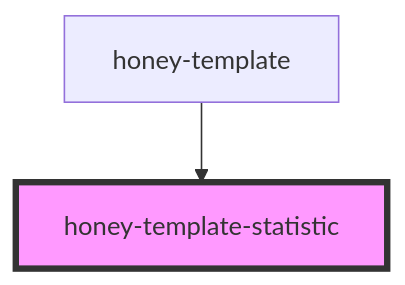
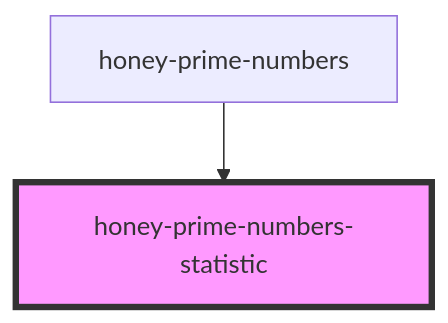
Before and after one commit to Huluvu424242/honey-prime-numbers: the diagram in src/components/honey-news/statistic/readme.md, drawn with Mermaid. The commit also changed other lines of this file and 23 other files, not shown here.

````diff
--- a/src/components/honey-news/statistic/readme.md
+++ b/src/components/honey-news/statistic/readme.md
@@ -35,5 +35,5 @@
 ```mermaid
 graph TD;
-  honey-template --> honey-template-statistic
-  style honey-template-statistic fill:#f9f,stroke:#333,stroke-width:4px
+  honey-prime-numbers --> honey-prime-numbers-statistic
+  style honey-prime-numbers-statistic fill:#f9f,stroke:#333,stroke-width:4px
 ```
````
